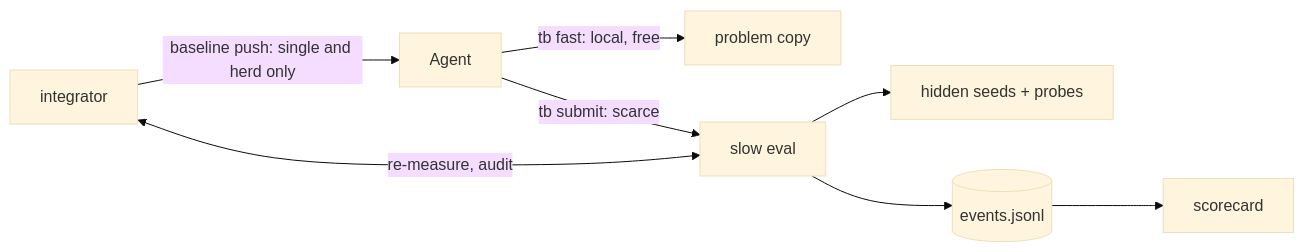
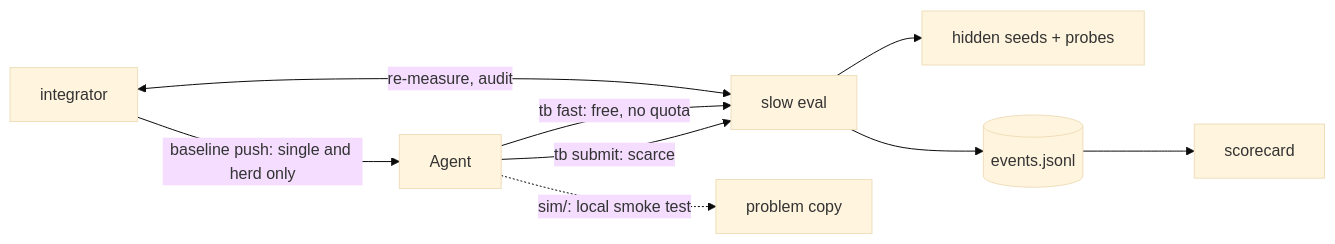
Before and after one commit to minyi-tang/vlah: the diagram in testbed/README.md, drawn with Mermaid (base theme). The commit also changed other lines of this file and 2 other files, not shown here.

First line of the commit message:
Test the service-side fast tier and record it as DECISIONS I16

````diff
--- a/testbed/README.md
+++ b/testbed/README.md
@@ -176,10 +182,11 @@
 ```mermaid
 flowchart LR
-  A[Agent] -->|tb fast: local, free| P[problem copy]
-  A -->|tb submit: scarce| S[slow eval]
+  A[Agent] -->|tb fast: free, no quota| S[slow eval]
+  A -->|tb submit: scarce| S
+  A -.->|sim/: local smoke test| P[problem copy]
   S --> H[hidden seeds + probes]
   S --> R[(events.jsonl)]
   I[integrator] <-->|re-measure, audit| S
   I -->|baseline push: single and herd only| A
   R --> C[scorecard]
 ```
````
